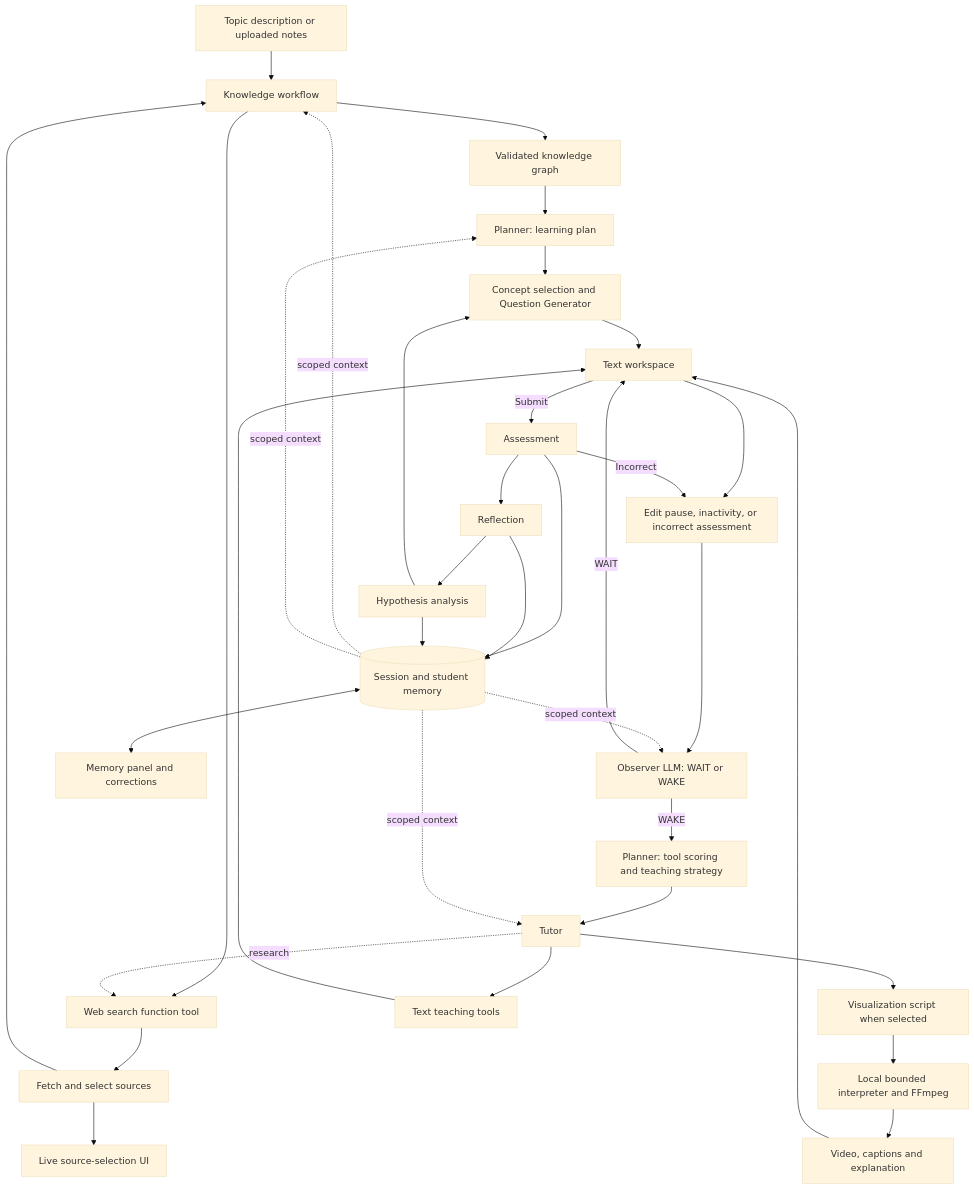
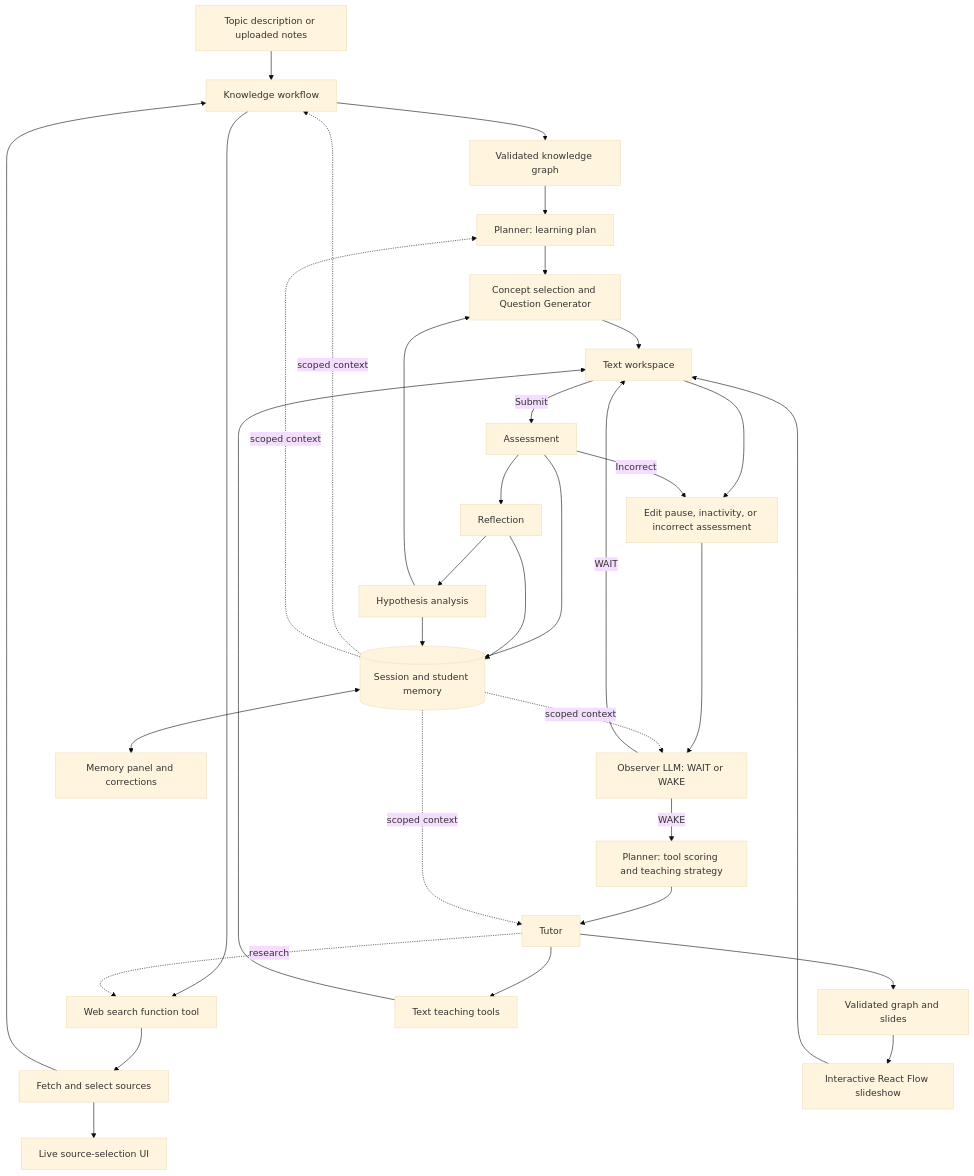
One commit to nischaya23/AgenticAITUTOR changed the diagram in docs/ARCHITECTURE.md. Above: the diagram before and after it, drawn with Mermaid (base theme). The commit also changed other lines of this file and 28 other files, not shown here.

````diff
--- a/docs/ARCHITECTURE.md
+++ b/docs/ARCHITECTURE.md
@@ -55,37 +48,36 @@
 ```mermaid
 flowchart TD
     Start[Topic description or uploaded notes] --> Knowledge[Knowledge workflow]
     Knowledge --> Search[Web search function tool]
     Search --> Sources[Fetch and select sources]
     Sources --> Timeline[Live source-selection UI]
     Sources --> Knowledge
     Knowledge --> Graph[Validated knowledge graph]
     Graph --> Plan[Planner: learning plan]
     Plan --> Question[Concept selection and Question Generator]
     Question --> Work[Text workspace]
     Work --> Triggers[Edit pause, inactivity, or incorrect assessment]
     Triggers --> Review[Observer LLM: WAIT or WAKE]
     Review -->|WAIT| Work
     Review -->|WAKE| Selection[Planner: tool scoring and teaching strategy]
     Selection --> Tutor[Tutor]
     Tutor -. research .-> Search
-    Tutor --> Visual[Visualization script when selected]
-    Visual --> Render[Local bounded interpreter and FFmpeg]
-    Render --> Video[Video, captions and explanation]
+    Tutor --> Visual[Validated graph and slides]
+    Visual --> Slides[Interactive React Flow slideshow]
     Tutor --> Text[Text teaching tools]
-    Video --> Work
+    Slides --> Work
     Text --> Work
     Work -->|Submit| Grade[Assessment]
     Grade -->|Incorrect| Triggers
     Grade --> Reflect[Reflection]
     Reflect --> Hypotheses[Hypothesis analysis]
     Hypotheses --> Question
     Grade --> Memory[(Session and student memory)]
     Reflect --> Memory
     Hypotheses --> Memory
     Memory <--> Panel[Memory panel and corrections]
     Memory -. scoped context .-> Knowledge
     Memory -. scoped context .-> Plan
     Memory -. scoped context .-> Review
     Memory -. scoped context .-> Tutor
 ```
````
